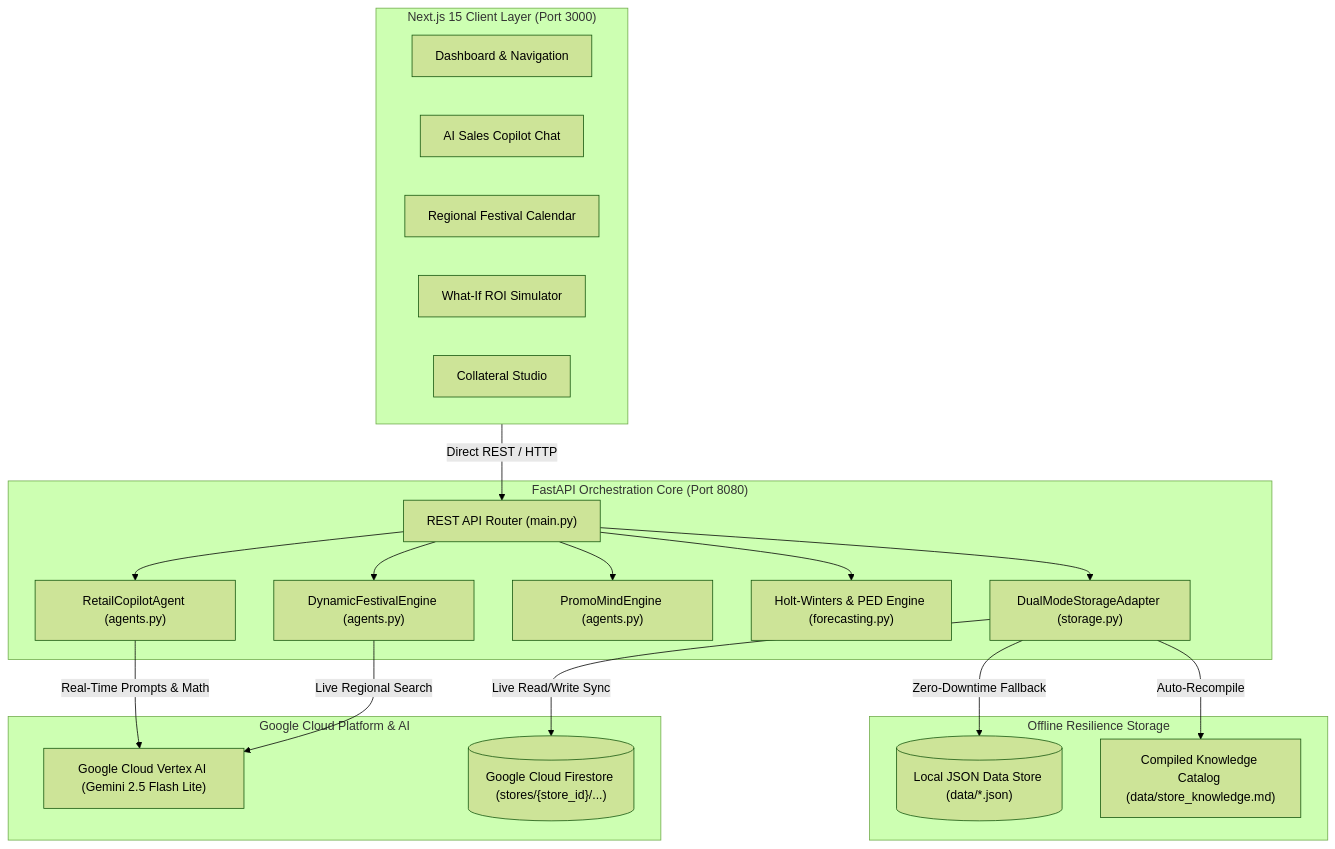
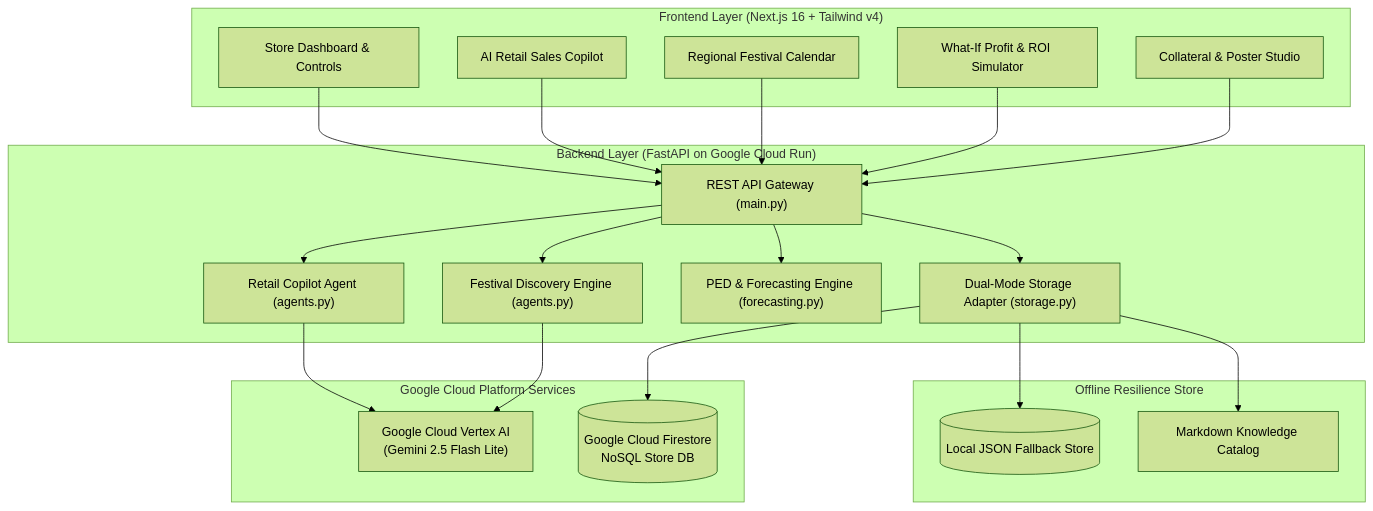
The diagram in README.md (Nitish-007/PromoMind_Ai), drawn with Mermaid (forest theme) before and after one commit. The commit also changed other lines of this file, not shown here.

````diff
--- a/README.md
+++ b/README.md
@@ -67,42 +70,45 @@
 ```mermaid
 flowchart TD
-    subgraph Client["Next.js 15 Client Layer (Port 3000)"]
-        UI["Dashboard & Navigation"]
-        COPILOT_UI["AI Sales Copilot Chat"]
+    subgraph Frontend["Frontend Layer (Next.js 16 + Tailwind v4)"]
+        UI["Store Dashboard & Controls"]
+        COPILOT_UI["AI Retail Sales Copilot"]
         CAL_UI["Regional Festival Calendar"]
-        SIM_UI["What-If ROI Simulator"]
-        STUDIO_UI["Collateral Studio"]
+        SIM_UI["What-If Profit & ROI Simulator"]
+        STUDIO_UI["Collateral & Poster Studio"]
     end
 
-    subgraph Backend["FastAPI Orchestration Core (Port 8080)"]
-        API["REST API Router (main.py)"]
-        COPILOT_AGENT["RetailCopilotAgent (agents.py)"]
-        FEST_ENGINE["DynamicFestivalEngine (agents.py)"]
-        PROMO_ENGINE["PromoMindEngine (agents.py)"]
-        FORECAST["Holt-Winters & PED Engine (forecasting.py)"]
-        STORAGE["DualModeStorageAdapter (storage.py)"]
+    subgraph Backend["Backend Layer (FastAPI on Google Cloud Run)"]
+        API["REST API Gateway (main.py)"]
+        COPILOT_AGENT["Retail Copilot Agent (agents.py)"]
+        FEST_ENGINE["Festival Discovery Engine (agents.py)"]
+        PED_ENGINE["PED & Forecasting Engine (forecasting.py)"]
+        STORAGE["Dual-Mode Storage Adapter (storage.py)"]
     end
 
-    subgraph CloudServices["Google Cloud Platform & AI"]
-        VERTEX["Google Cloud Vertex AI (Gemini 2.5 Flash Lite)"]
-        FIRESTORE[("Google Cloud Firestore (stores/{store_id}/...)")]
+    subgraph GCP["Google Cloud Platform Services"]
+        VERTEX["Google Cloud Vertex AI<br/>(Gemini 2.5 Flash Lite)"]
+        FIRESTORE[("Google Cloud Firestore<br/>NoSQL Store DB")]
     end
 
-    subgraph OfflineStore["Offline Resilience Storage"]
-        LOCAL_JSON[("Local JSON Data Store (data/*.json)")]
-        CATALOG_MD["Compiled Knowledge Catalog (data/store_knowledge.md)"]
+    subgraph Offline["Offline Resilience Store"]
+        LOCAL_JSON[("Local JSON Fallback Store")]
+        CATALOG_MD["Markdown Knowledge Catalog"]
     end
 
-    Client -->|Direct REST / HTTP| API
+    UI --> API
+    COPILOT_UI --> API
+    CAL_UI --> API
+    SIM_UI --> API
+    STUDIO_UI --> API
+
     API --> COPILOT_AGENT
     API --> FEST_ENGINE
-    API --> PROMO_ENGINE
-    API --> FORECAST
+    API --> PED_ENGINE
     API --> STORAGE
 
-    COPILOT_AGENT -->|Real-Time Prompts & Math| VERTEX
-    FEST_ENGINE -->|Live Regional Search| VERTEX
-    STORAGE -->|Live Read/Write Sync| FIRESTORE
-    STORAGE -->|Zero-Downtime Fallback| LOCAL_JSON
-    STORAGE -->|Auto-Recompile| CATALOG_MD
+    COPILOT_AGENT --> VERTEX
+    FEST_ENGINE --> VERTEX
+    STORAGE --> FIRESTORE
+    STORAGE --> LOCAL_JSON
+    STORAGE --> CATALOG_MD
 ```
````
